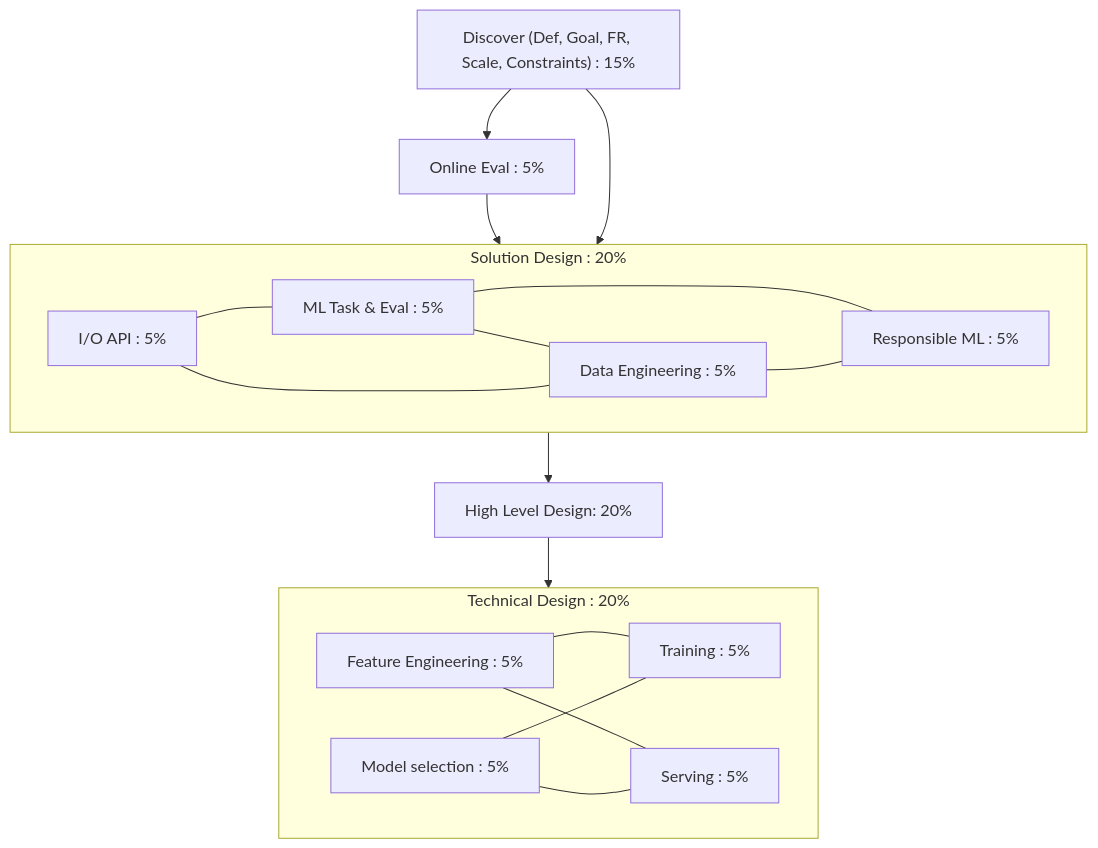
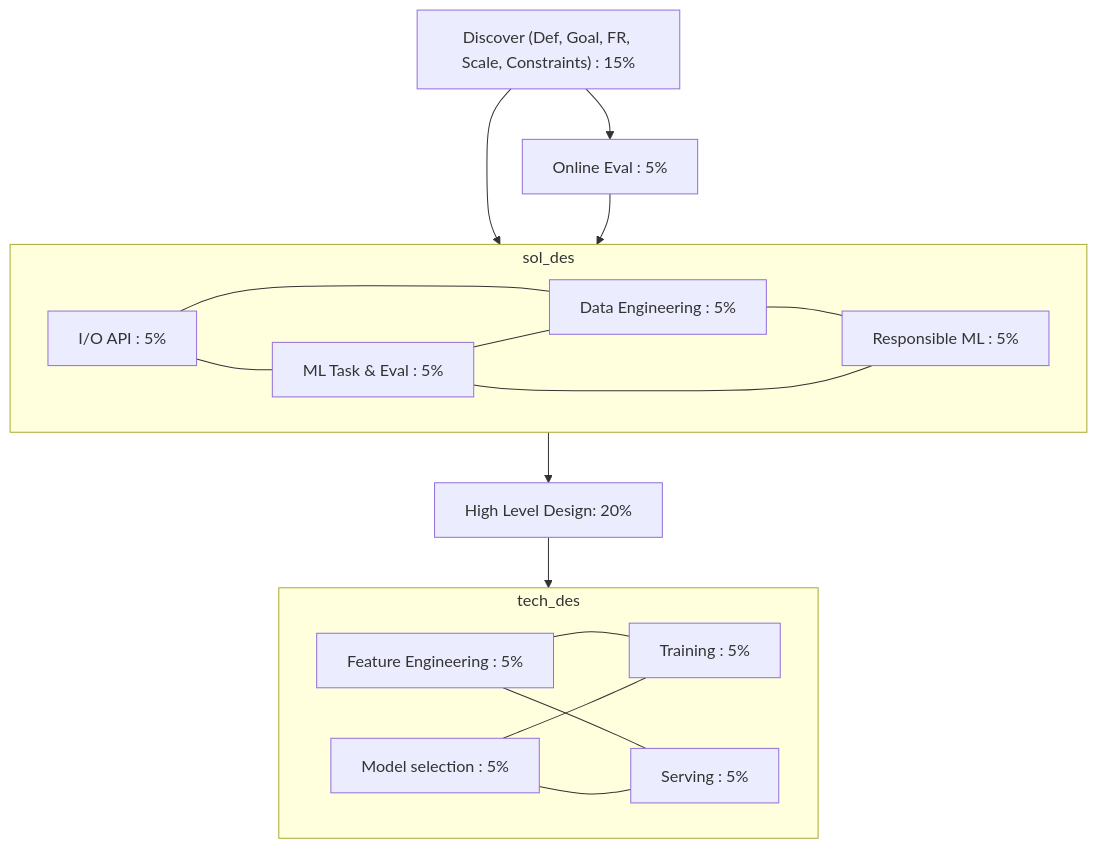
One commit to ptbdnr/ptbdnr changed the first of 7 diagrams in ml_sys_design.md. Above: the diagram before and after it, drawn with Mermaid. The commit also changed other lines of this file, not shown here.

````diff
--- a/ml_sys_design.md
+++ b/ml_sys_design.md
@@ -20,32 +24,20 @@
 ```mermaid
 flowchart TD
-    discover["Discover (Def, Goal, FR, Scale, Constraints) : 15%"]
-    b_metrics[Online Eval : 5%]
-    subgraph sol_des[Solution Design : 20%]
-        api[I/O API : 5%]
-        ml_task[ML Task & Eval : 5%]
-        data[Data Engineering : 5%]
-        sec_by_des[Responsible ML : 5%]
+    discover["Discover (Def, Goal, FR, Scale, Constraints) : 15%"] --> b_metrics & sol_des
+    b_metrics[Online Eval : 5%] --> sol_des
+    sol_des[Solution Design : 20%] --> hld
+    hld[High Level Design: 20%] --> tech_des[Technical Design : 20%]
+
+    subgraph sol_des
+        api[I/O API : 5%] --- ml_task & data
+        ml_task[ML Task & Eval : 5%] --- data
+        data[Data Engineering : 5%] --- sec_by_des
+        sec_by_des[Responsible ML : 5%] --- ml_task
     end
-    hld[High Level Design: 20%]
-    subgraph tech_des[Technical Design : 20%]
-        feat_eng[Feature Engineering : 5%]
-        model[Model selection : 5%]
+    subgraph tech_des
+        feat_eng[Feature Engineering : 5%] --- train & serve
+        model[Model selection : 5%] --- train & serve
         train[Training : 5%]
         serve[Serving : 5%]
     end
-
-    discover --> b_metrics
-    b_metrics & discover --> sol_des
-        ml_task --- data
-        api --- ml_task
-        api --- data
-        ml_task --- sec_by_des
-        data --- sec_by_des
-    sol_des --> hld
-    hld --> tech_des
-        feat_eng --- train
-        feat_eng --- serve
-        model --- train
-        model --- serve
 ```
````
